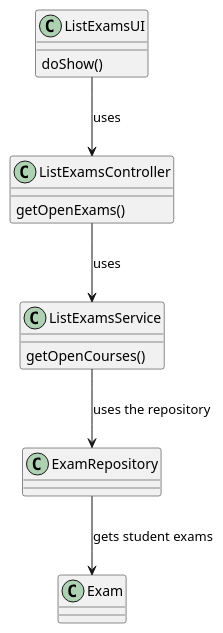
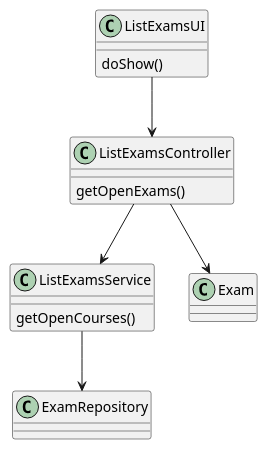
One commit to mascenso/isep-sem4-lapr4 changed the diagram in docs/SPRINT B/US2002 - List Exams/US2002-CD.puml. Above: the diagram before and after it, drawn with PlantUML.

Commit message:
[Sprint B][US2002] CD correction
Corrected the ExamRepository that was calling exam to being called by
the controller

```diff
--- a/docs/SPRINT B/US2002 - List Exams/US2002-CD.puml
+++ b/docs/SPRINT B/US2002 - List Exams/US2002-CD.puml
@@ -1,26 +1,26 @@
 @startuml
 
 class ListExamsUI {
     doShow()
 }
 
 class ListExamsController {
     getOpenExams()
 }
 
 class ListExamsService {
     getOpenCourses()
 }
 
 class ExamRepository {
 }
 
 class Exam {
 }
 
-ListExamsUI --> ListExamsController: uses
-ListExamsController --> ListExamsService: uses
-ListExamsService --> ExamRepository: uses the repository
-ExamRepository --> Exam: gets student exams
+ListExamsUI --> ListExamsController
+ListExamsController --> ListExamsService
+ListExamsService --> ExamRepository
+ListExamsController --> Exam
 
 @enduml
```
